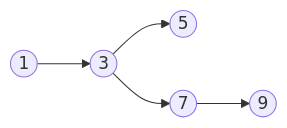
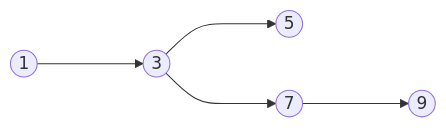
One commit to sd4483/Obsidian changed the second of 2 diagrams in Software Testing/Paths.md. Above: the diagram before and after it, drawn with Mermaid.

Commit message:
vault backup: 2023-03-02 16:24:11

````diff
--- a/Software Testing/Paths.md
+++ b/Software Testing/Paths.md
@@ -57,5 +57,5 @@
 ```mermaid
 flowchart LR
-	id1((1)) --> id3((3)) --> id5((5))
-	id3 --> id7((7)) --> id9((9))
+	id1((1)) ---> id3((3)) ---> id5((5))
+	id3 ---> id7((7)) ---> id9((9))
 ```
````
